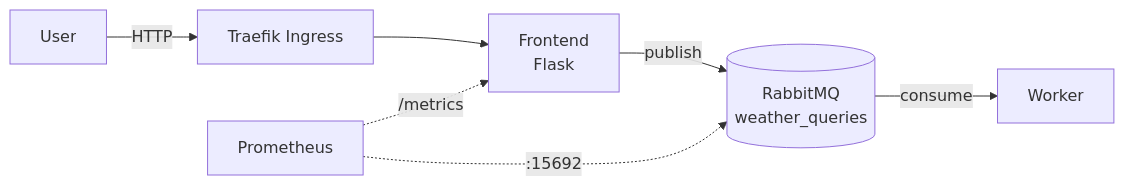
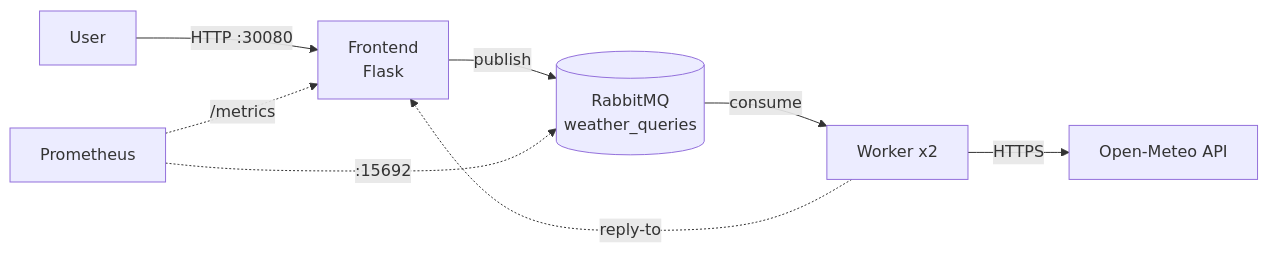
One commit to hananva2-blip/skywatch changed the diagram in README.md. Above: the diagram before and after it, drawn with Mermaid. The commit also changed other lines of this file and 23 other files, not shown here.

````diff
--- a/README.md
+++ b/README.md
@@ -7,9 +7,10 @@
 ```mermaid
 flowchart LR
-    U[User] -->|HTTP| I[Traefik Ingress]
-    I --> F[Frontend<br/>Flask]
+    U[User] -->|HTTP :30080| F[Frontend<br/>Flask]
     F -->|publish| Q[(RabbitMQ<br/>weather_queries)]
-    Q -->|consume| W[Worker]
+    Q -->|consume| W[Worker x2]
+    W -->|HTTPS| O[Open-Meteo API]
+    W -.->|reply-to| F
     P[Prometheus] -.->|/metrics| F
     P -.->|:15692| Q
 ```
````
